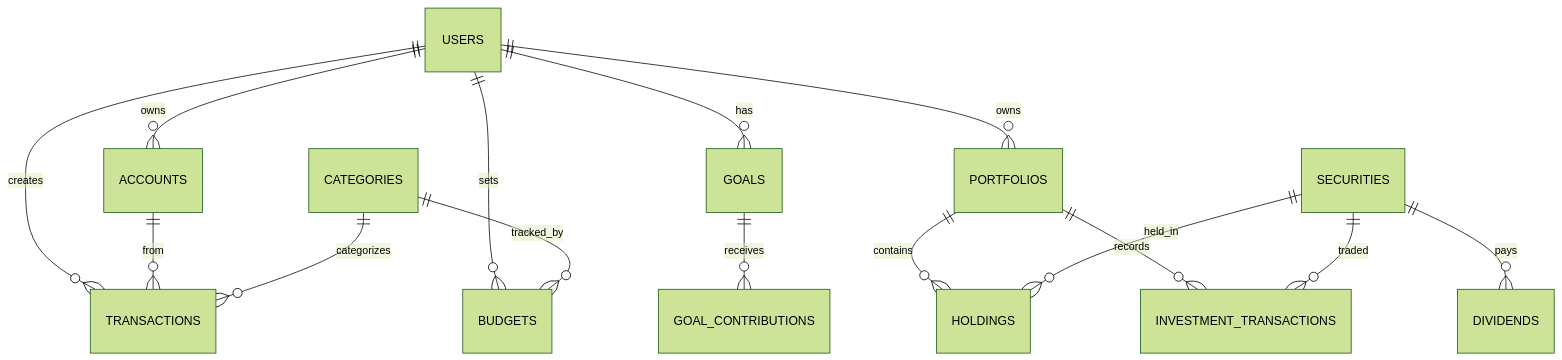
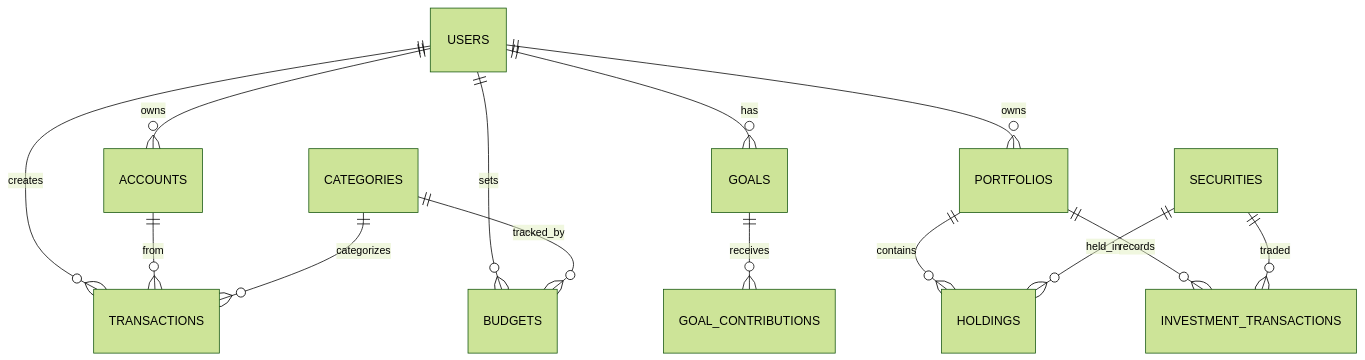
One commit to alligatorO15/fin-tracker changed the second of 3 diagrams in docs/ER.md. Above: the diagram before and after it, drawn with Mermaid (forest theme). The commit also changed other lines of this file and 4 other files, not shown here.

````diff
--- a/docs/ER.md
+++ b/docs/ER.md
@@ -301,21 +264,20 @@
 ```mermaid
 erDiagram
     USERS ||--o{ ACCOUNTS : owns
     USERS ||--o{ TRANSACTIONS : creates
     USERS ||--o{ BUDGETS : sets
     USERS ||--o{ GOALS : has
     USERS ||--o{ PORTFOLIOS : owns
     
     ACCOUNTS ||--o{ TRANSACTIONS : from
     CATEGORIES ||--o{ TRANSACTIONS : categorizes
     CATEGORIES ||--o{ BUDGETS : tracked_by
     
     PORTFOLIOS ||--o{ HOLDINGS : contains
     PORTFOLIOS ||--o{ INVESTMENT_TRANSACTIONS : records
     
     SECURITIES ||--o{ HOLDINGS : held_in
     SECURITIES ||--o{ INVESTMENT_TRANSACTIONS : traded
-    SECURITIES ||--o{ DIVIDENDS : pays
     
     GOALS ||--o{ GOAL_CONTRIBUTIONS : receives
 ```
````
